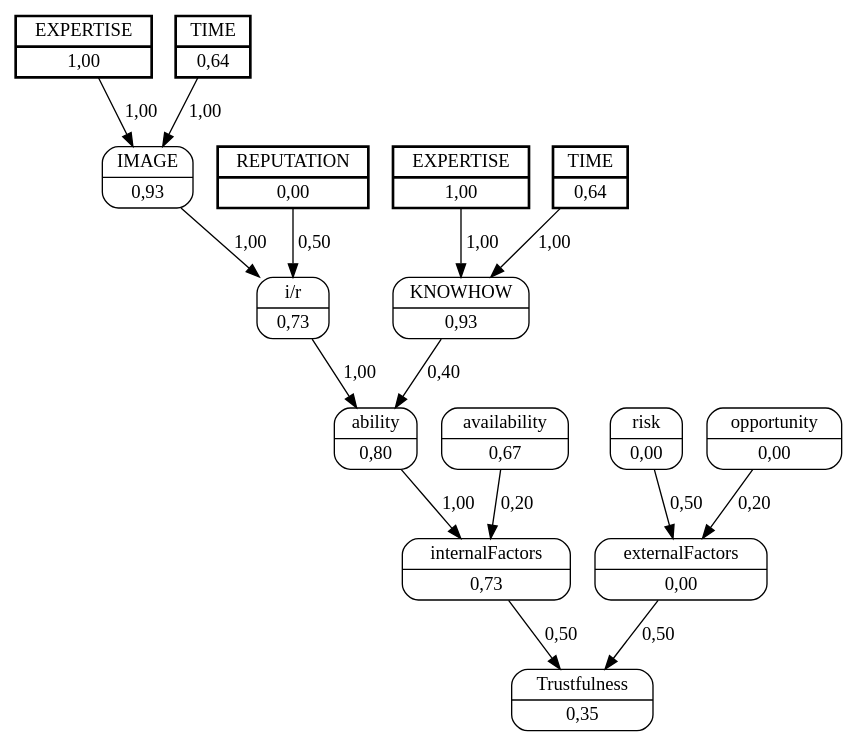
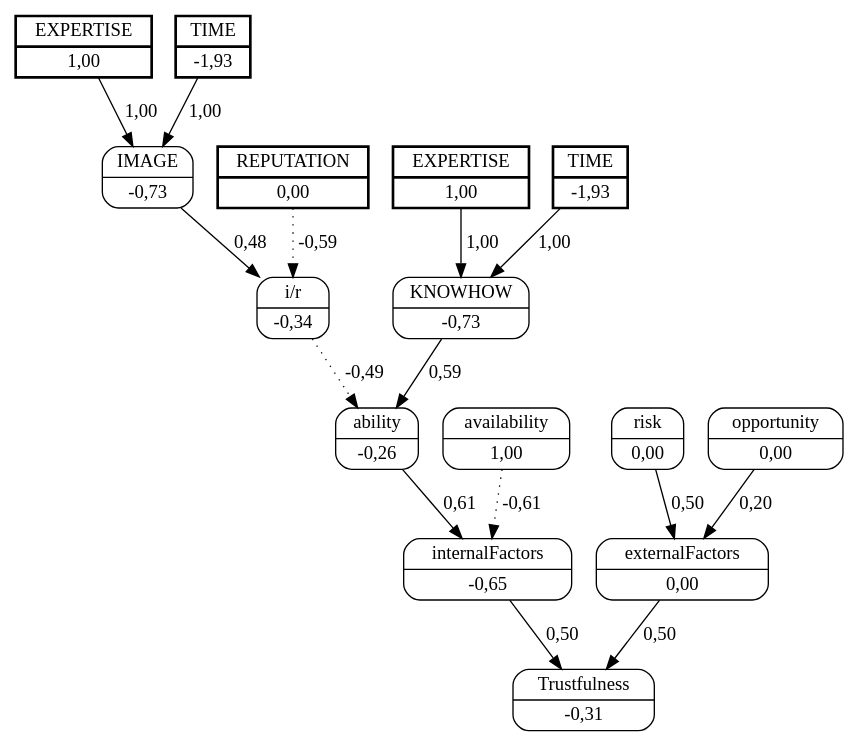
Before and after one commit to jjbaqueta/unload_experiment: the diagram in unload_boxes/dots/worker_1helper_4.dot, drawn with Graphviz. The commit also changed 77 other files, not shown here.

```diff
--- a/unload_boxes/dots/worker_1helper_4.dot
+++ b/unload_boxes/dots/worker_1helper_4.dot
@@ -1,34 +1,34 @@
 digraph FCM_net{
 	node [shape=record, style=rounded]
 	11 [label="{EXPERTISE | 1,00}", style=bold, penwidth=2, peripheries=2];
-	12 [label="{TIME | 0,64}", style=bold, penwidth=2, peripheries=2];
+	12 [label="{TIME | -1,93}", style=bold, penwidth=2, peripheries=2];
 	1 [label="{REPUTATION | 0,00}", style=bold, penwidth=2, peripheries=2];
 	13 [label="{EXPERTISE | 1,00}", style=bold, penwidth=2, peripheries=2];
-	14 [label="{TIME | 0,64}", style=bold, penwidth=2, peripheries=2];
-	0 [label="{IMAGE | 0,93}"];
+	14 [label="{TIME | -1,93}", style=bold, penwidth=2, peripheries=2];
+	0 [label="{IMAGE | -0,73}"];
 	1 [label="{REPUTATION | 0,00}"];
-	2 [label="{KNOWHOW | 0,93}"];
-	3 [label="{i/r | 0,73}"];
-	4 [label="{ability | 0,80}"];
-	5 [label="{availability | 0,67}"];
-	6 [label="{internalFactors | 0,73}"];
+	2 [label="{KNOWHOW | -0,73}"];
+	3 [label="{i/r | -0,34}"];
+	4 [label="{ability | -0,26}"];
+	5 [label="{availability | 1,00}"];
+	6 [label="{internalFactors | -0,65}"];
 	7 [label="{risk | 0,00}"];
 	8 [label="{opportunity | 0,00}"];
 	9 [label="{externalFactors | 0,00}"];
-	10 [label="{Trustfulness | 0,35}"];
+	10 [label="{Trustfulness | -0,31}"];
 	11 [label="{EXPERTISE | 1,00}"];
-	0 -> 3 [label = "1,00"];
-	1 -> 3 [label = "0,50"];
-	3 -> 4 [label = "1,00"];
-	2 -> 4 [label = "0,40"];
-	4 -> 6 [label = "1,00"];
-	5 -> 6 [label = "0,20"];
+	0 -> 3 [label = "0,48"];
+	1 -> 3 [label = "-0,59", style=dotted];
+	3 -> 4 [label = "-0,49", style=dotted];
+	2 -> 4 [label = "0,59"];
+	4 -> 6 [label = "0,61"];
+	5 -> 6 [label = "-0,61", style=dotted];
 	6 -> 10 [label = "0,50"];
 	7 -> 9 [label = "0,50"];
 	8 -> 9 [label = "0,20"];
 	9 -> 10 [label = "0,50"];
 	11 -> 0 [label = "1,00"];
 	12 -> 0 [label = "1,00"];
 	13 -> 2 [label = "1,00"];
 	14 -> 2 [label = "1,00"];
 }
```
